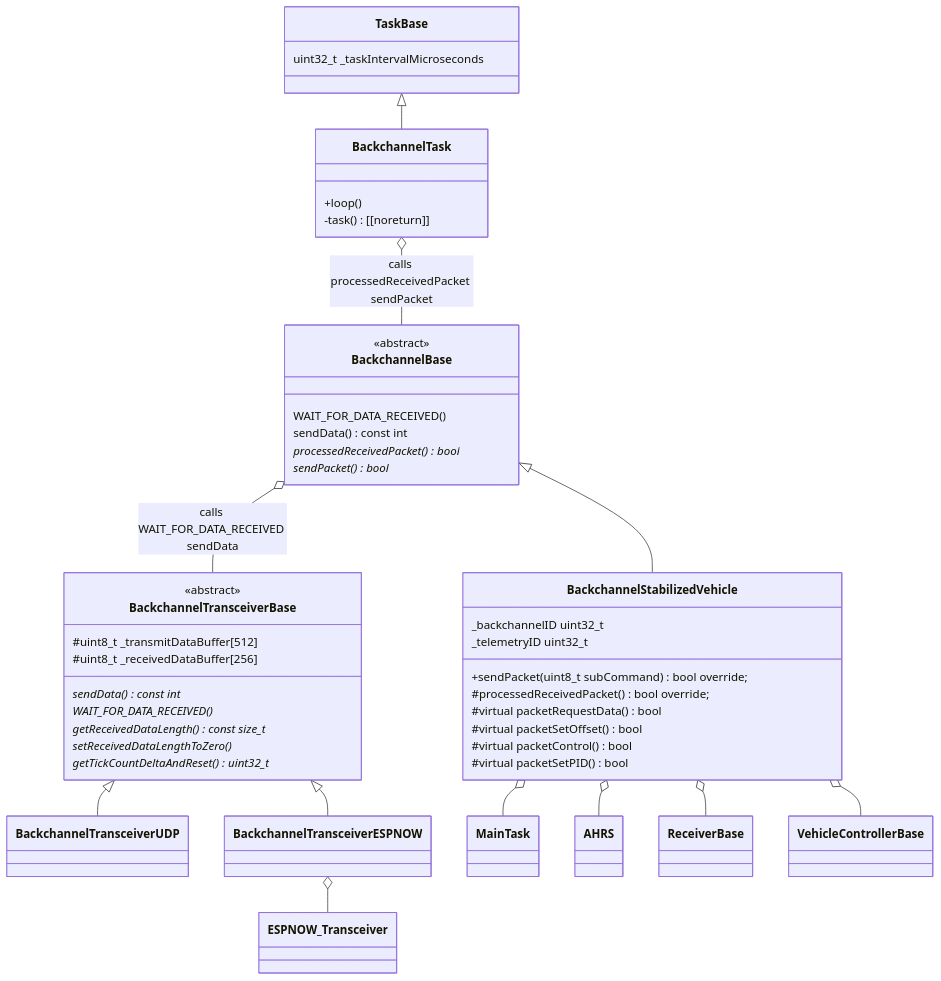
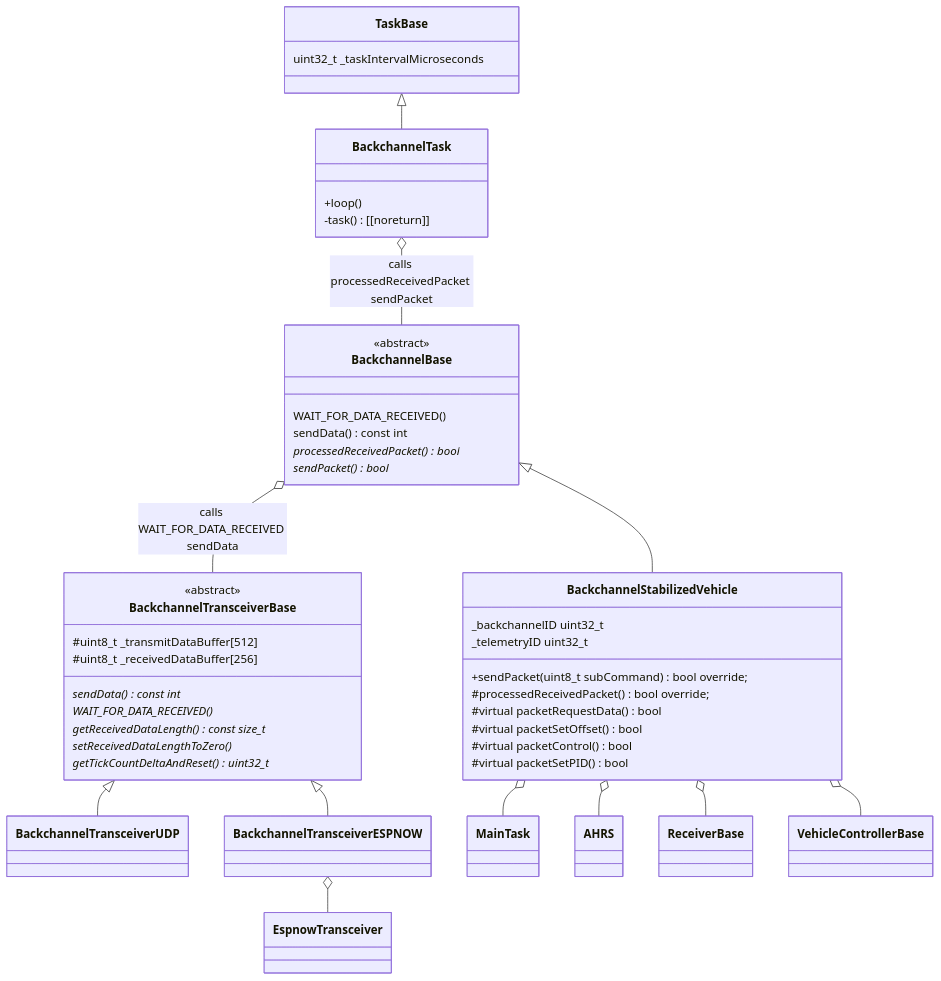
One commit to martinbudden/Library-Backchannel changed the diagram in README.md. Above: the diagram before and after it, drawn with Mermaid. The commit also changed 4 other files, not shown here.

````diff
--- a/README.md
+++ b/README.md
@@ -7,53 +7,53 @@
 ```mermaid
 classDiagram
     class BackchannelTransceiverBase {
         <<abstract>>
         sendData() const int *
         WAIT_FOR_DATA_RECEIVED() *
         getReceivedDataLength() const size_t *
         setReceivedDataLengthToZero() *
         getTickCountDeltaAndReset() uint32_t *
         #uint8_t _transmitDataBuffer[512]
         #uint8_t _receivedDataBuffer[256]
     }
 
     class BackchannelBase {
         <<abstract>>
         WAIT_FOR_DATA_RECEIVED()
         sendData() const int
         processedReceivedPacket() bool *
         sendPacket() bool *
     }
     BackchannelBase o-- BackchannelTransceiverBase : calls WAIT_FOR_DATA_RECEIVED sendData
 
     BackchannelTransceiverBase <|-- BackchannelTransceiverUDP
 
     BackchannelTransceiverBase <|-- BackchannelTransceiverESPNOW
-    BackchannelTransceiverESPNOW o-- ESPNOW_Transceiver
+    BackchannelTransceiverESPNOW o-- EspnowTransceiver
 
     BackchannelBase <|-- BackchannelStabilizedVehicle
     class BackchannelStabilizedVehicle {
         _backchannelID uint32_t
         _telemetryID uint32_t
         +sendPacket(uint8_t subCommand) bool override;
         #processedReceivedPacket() bool override;
         #virtual packetRequestData() bool
         #virtual packetSetOffset() bool
         #virtual packetControl() bool
         #virtual packetSetPID() bool
     }
     BackchannelStabilizedVehicle o-- MainTask
     BackchannelStabilizedVehicle o-- AHRS
     BackchannelStabilizedVehicle o-- ReceiverBase
     BackchannelStabilizedVehicle o-- VehicleControllerBase
 
     class TaskBase {
         uint32_t _taskIntervalMicroseconds
     }
     TaskBase <|-- BackchannelTask
     class BackchannelTask {
         +loop()
         -task() [[noreturn]]
     }
     BackchannelTask o-- BackchannelBase : calls processedReceivedPacket sendPacket
 ```
````
